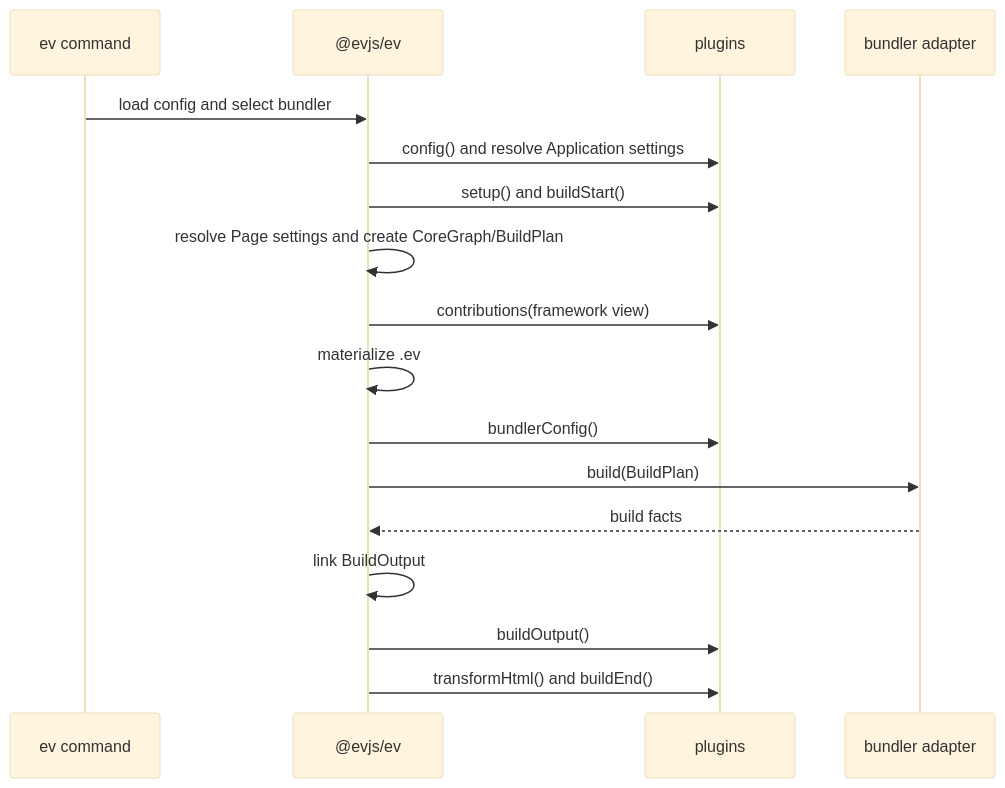
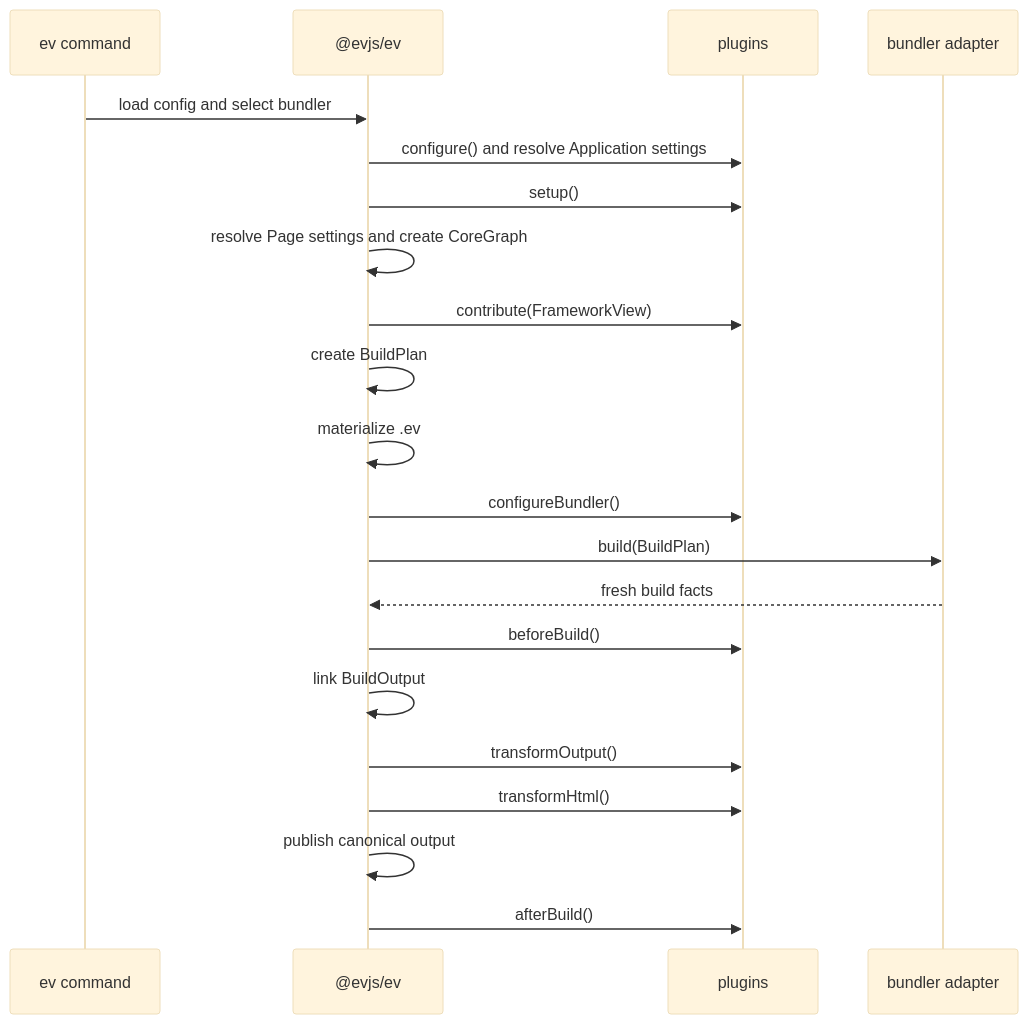
Before and after one commit to afx-team/evjs: the second of 2 diagrams in docs/docs/architecture.md, drawn with Mermaid (base theme). The commit also changed other lines of this file and 107 other files, not shown here.

````diff
--- a/docs/docs/architecture.md
+++ b/docs/docs/architecture.md
@@ -97,20 +97,24 @@
 ```mermaid
 sequenceDiagram
   participant CLI as ev command
   participant Core as @evjs/ev
   participant Plugin as plugins
   participant Bundler as bundler adapter
 
   CLI->>Core: load config and select bundler
-  Core->>Plugin: config() and resolve Application settings
-  Core->>Plugin: setup() and buildStart()
-  Core->>Core: resolve Page settings and create CoreGraph/BuildPlan
-  Core->>Plugin: contributions(framework view)
+  Core->>Plugin: configure() and resolve Application settings
+  Core->>Plugin: setup()
+  Core->>Core: resolve Page settings and create CoreGraph
+  Core->>Plugin: contribute(FrameworkView)
+  Core->>Core: create BuildPlan
   Core->>Core: materialize .ev
-  Core->>Plugin: bundlerConfig()
+  Core->>Plugin: configureBundler()
   Core->>Bundler: build(BuildPlan)
-  Bundler-->>Core: build facts
+  Bundler-->>Core: fresh build facts
+  Core->>Plugin: beforeBuild()
   Core->>Core: link BuildOutput
-  Core->>Plugin: buildOutput()
-  Core->>Plugin: transformHtml() and buildEnd()
+  Core->>Plugin: transformOutput()
+  Core->>Plugin: transformHtml()
+  Core->>Core: publish canonical output
+  Core->>Plugin: afterBuild()
 ```
````
